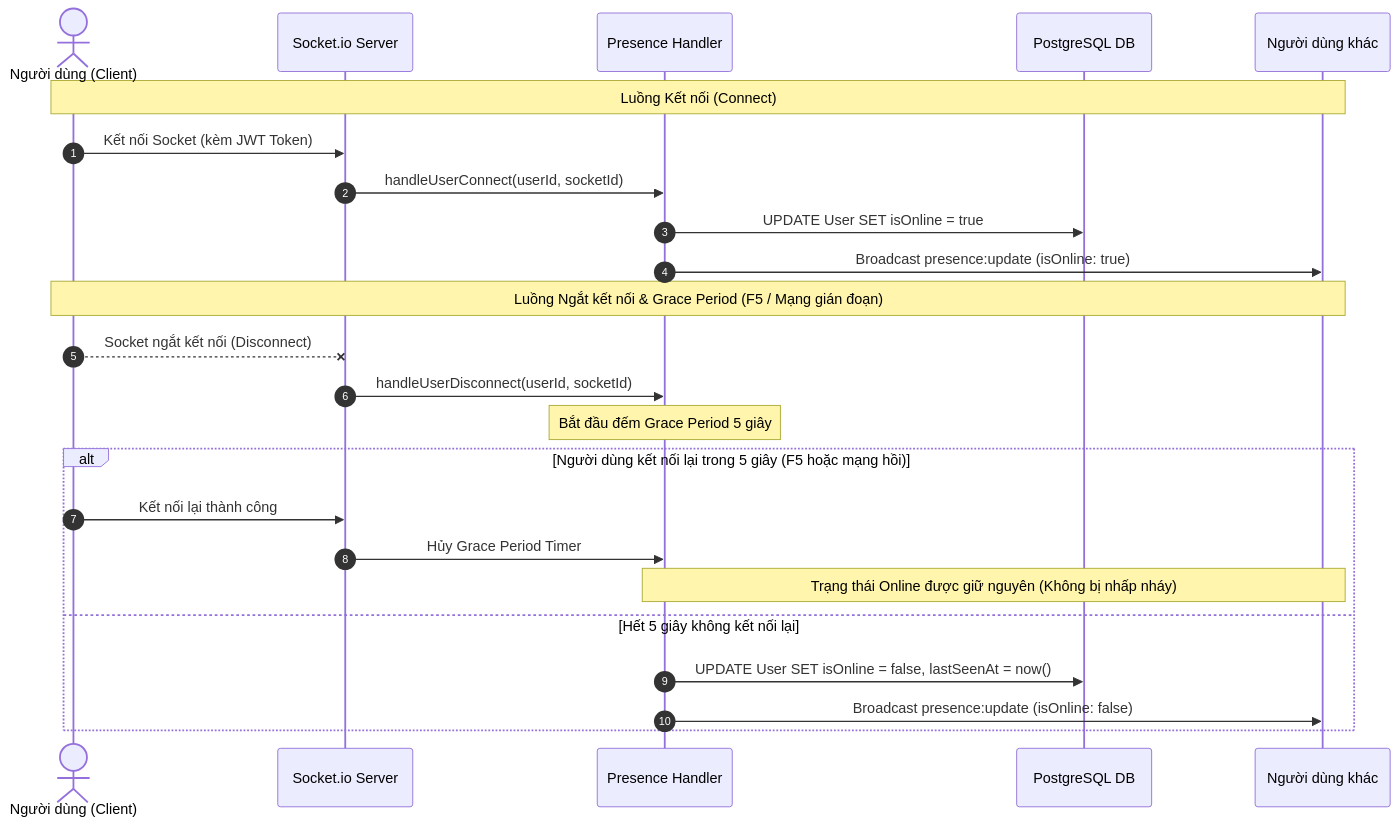
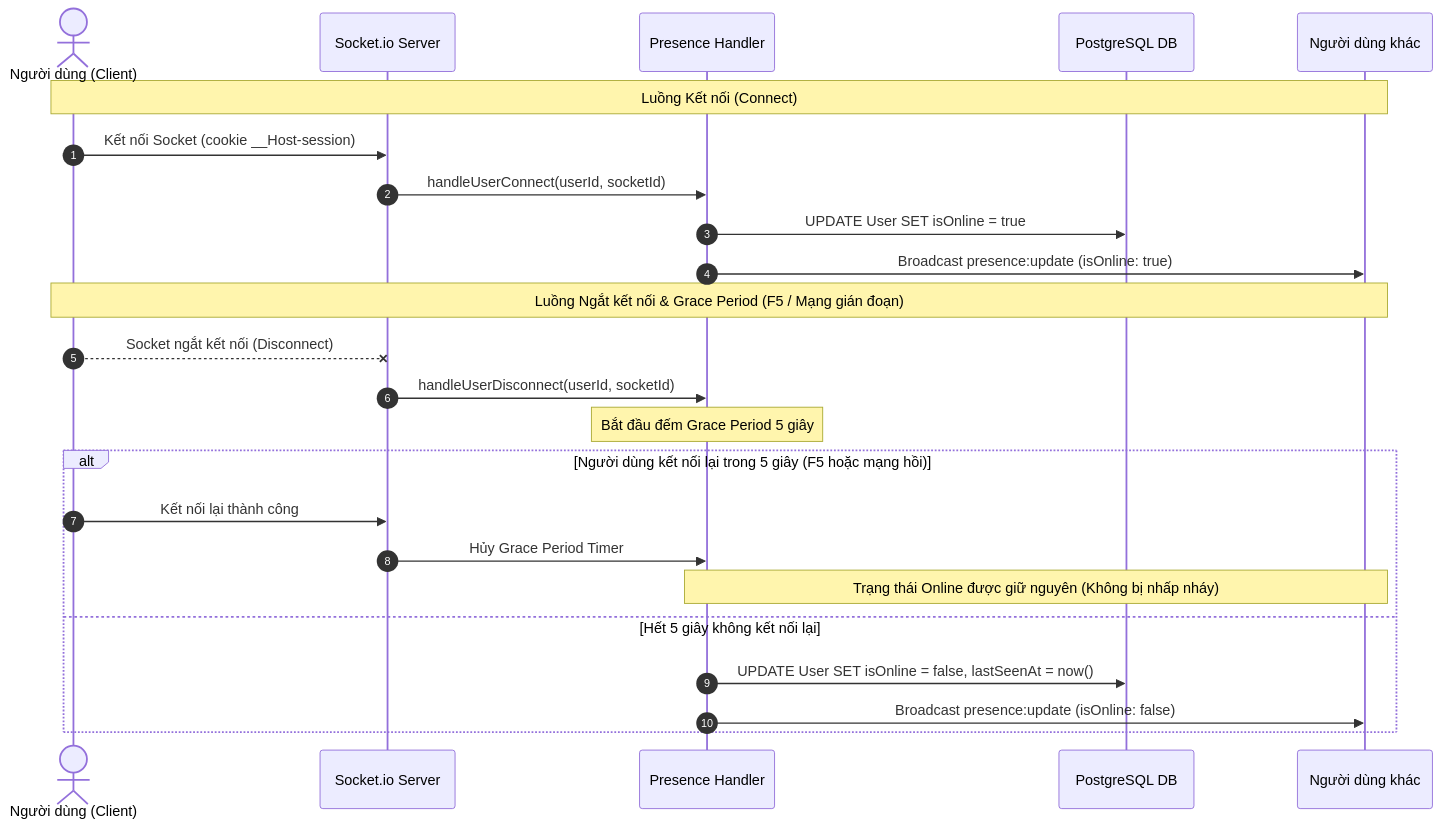
The fourth of 8 diagrams in docs/adr/SYSTEM_ARCHITECTURE.md (duyna1902-source/webchat-realtime), drawn with Mermaid before and after one commit. The commit also changed other lines of this file and 5 other files, not shown here.

````diff
--- a/docs/adr/SYSTEM_ARCHITECTURE.md
+++ b/docs/adr/SYSTEM_ARCHITECTURE.md
@@ -342,28 +439,28 @@
 ```mermaid
 sequenceDiagram
     autonumber
     actor User as Người dùng (Client)
     participant Server as Socket.io Server
     participant Presence as Presence Handler
     participant DB as PostgreSQL DB
     participant Others as Người dùng khác
 
     Note over User, Others: Luồng Kết nối (Connect)
-    User->>Server: Kết nối Socket (kèm JWT Token)
+    User->>Server: Kết nối Socket (cookie __Host-session)
     Server->>Presence: handleUserConnect(userId, socketId)
     Presence->>DB: UPDATE User SET isOnline = true
     Presence->>Others: Broadcast presence:update (isOnline: true)
 
     Note over User, Others: Luồng Ngắt kết nối & Grace Period (F5 / Mạng gián đoạn)
     User--xServer: Socket ngắt kết nối (Disconnect)
     Server->>Presence: handleUserDisconnect(userId, socketId)
     Note over Presence: Bắt đầu đếm Grace Period 5 giây
     alt Người dùng kết nối lại trong 5 giây (F5 hoặc mạng hồi)
         User->>Server: Kết nối lại thành công
         Server->>Presence: Hủy Grace Period Timer
         Note over Presence, Others: Trạng thái Online được giữ nguyên (Không bị nhấp nháy)
     else Hết 5 giây không kết nối lại
         Presence->>DB: UPDATE User SET isOnline = false, lastSeenAt = now()
         Presence->>Others: Broadcast presence:update (isOnline: false)
     end
 ```
````
